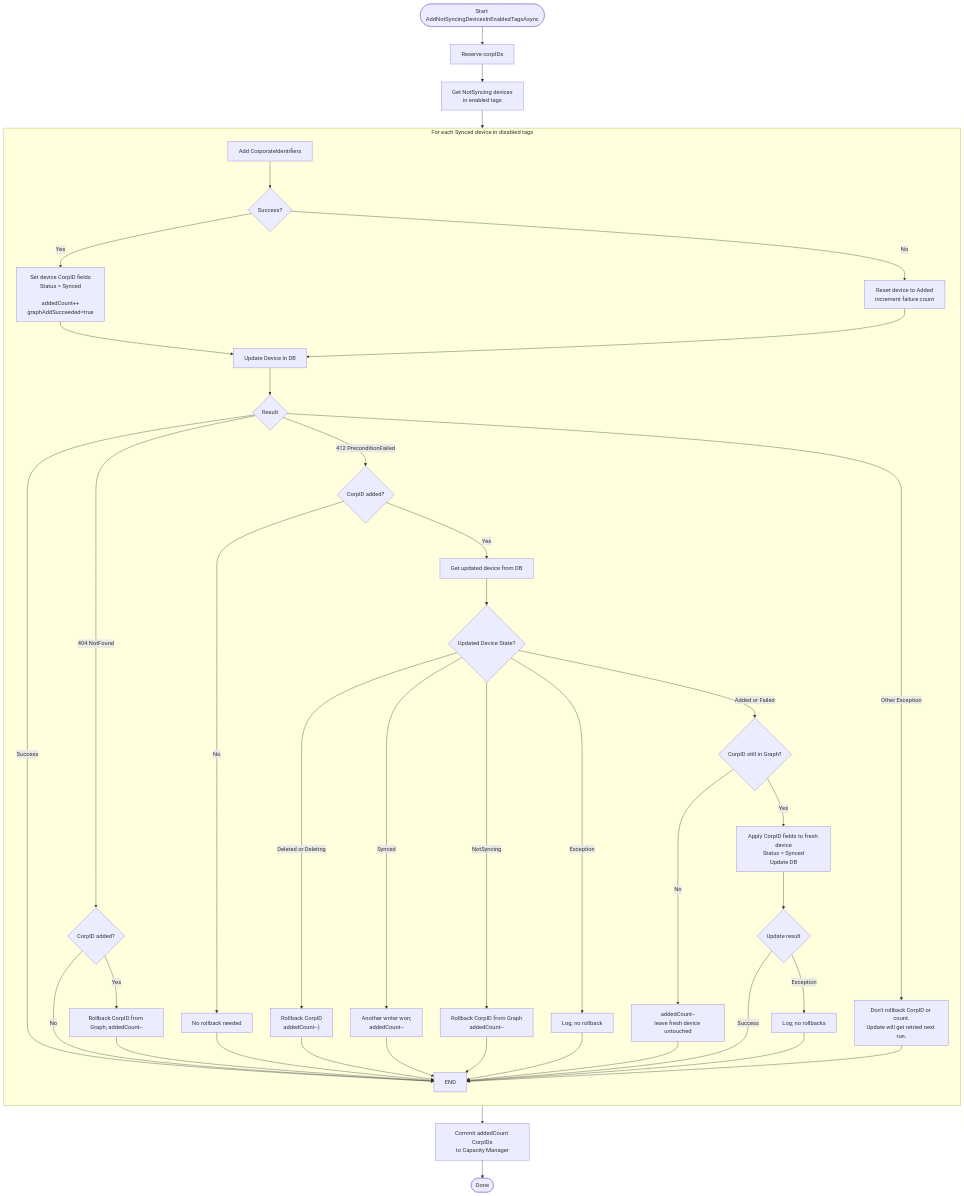
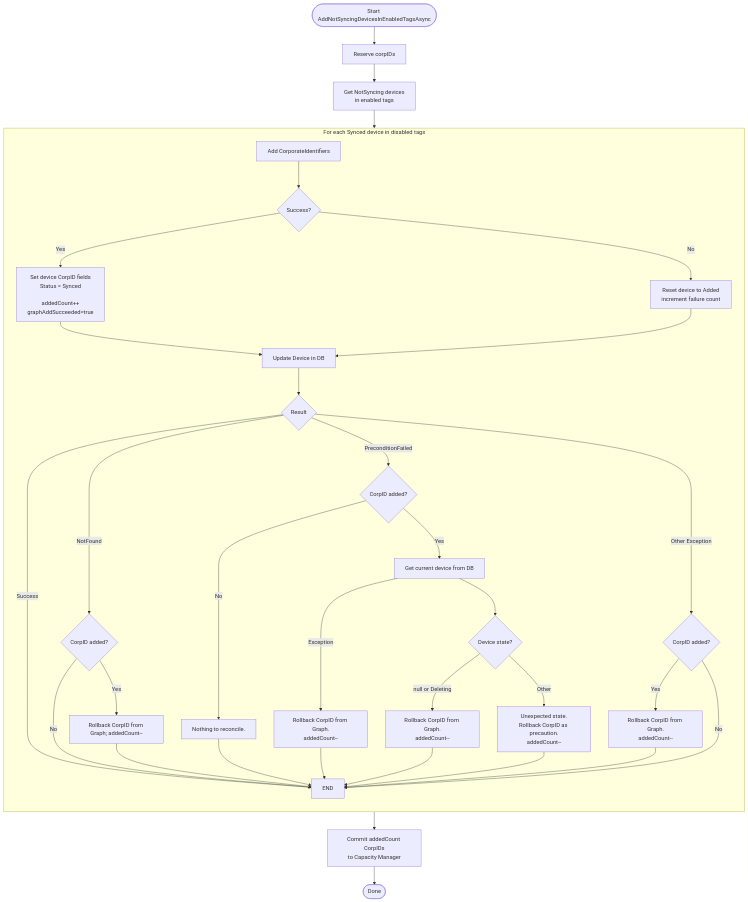
One commit to kenjohnson03/DelegationStation changed the diagram in CorporateIdentifierSync/Documents/FlowCharts/ReconcileSyncStatus-Syncing.md. Above: the diagram before and after it, drawn with Mermaid. The commit also changed 3 other files, not shown here.

Commit message:
Updated mermaid flow charts based on recent changes to error handling.

````diff
--- a/CorporateIdentifierSync/Documents/FlowCharts/ReconcileSyncStatus-Syncing.md
+++ b/CorporateIdentifierSync/Documents/FlowCharts/ReconcileSyncStatus-Syncing.md
@@ -1,51 +1,43 @@
 ```mermaid
 
 flowchart TD
     Start([Start AddNotSyncingDevicesInEnabledTagsAsync]) --> ReserveCorpIDs["Reserve corpIDs"]
     ReserveCorpIDs --> GetDevices[Get NotSyncing devices<br/>in enabled tags]
     GetDevices --> AddCorpIDs[Add CorporateIdentifiers]
 
     subgraph LOOP["For each Synced device in disabled tags"]
     direction TB
 
         AddCorpIDs --> AddOk{Success?}
         AddOk -- Yes --> SetSynced["Set device CorpID fields<br/>Status = Synced<br/><br/>addedCount++<br/>graphAddSucceeded=true"]
         AddOk -- No --> SetAdded[Reset device to Added<br/>increment failure count]
         SetSynced --> Update[Update Device in DB]
         SetAdded --> Update
         Update --> UpdResult{Result}
         UpdResult -- Success --> END
-        UpdResult -- 404 NotFound --> Rollback{CorpID added?}
+        UpdResult -- NotFound --> Rollback{CorpID added?}
         Rollback -- Yes --> DoRollback["Rollback CorpID from Graph; addedCount--"]
         Rollback -- No --> END
         DoRollback --> END
 
-        UpdResult -- 412 PreconditionFailed --> PF_GraphAdded{CorpID added?}
-        PF_GraphAdded -- No --> PF_NoOp["No rollback needed"]
+        UpdResult -- PreconditionFailed --> PF_GraphAdded{CorpID added?}
+        PF_GraphAdded -- No --> PF_NoOp["Nothing to reconcile."]
         PF_NoOp --> END
-        PF_GraphAdded -- Yes --> PF_Read[Get updated device from DB]
-        PF_Read --> PF_ReadResult{Updated Device State?}
-        PF_ReadResult -- Deleted or Deleting --> PF_RollbackDel["Rollback CorpID<br/>addedCount--)"]
+        PF_GraphAdded -- Yes --> PF_Read[Get current device from DB]
+        PF_Read -- Exception --> PF_ReadFail["Rollback CorpID from Graph.<br/>addedCount--"]
+        PF_ReadFail --> END
+        PF_Read --> PF_ReadResult{"Device state?"}
+        PF_ReadResult -- "null or Deleting" --> PF_RollbackDel["Rollback CorpID from Graph.<br/>addedCount--"]
         PF_RollbackDel --> END
-        PF_ReadResult -- Synced --> PF_Synced["Another writer won;<br/>addedCount--"]
-        PF_Synced --> END
-        PF_ReadResult -- NotSyncing --> PF_RollbackNS["Rollback CorpID from Graph<br/>addedCount--"]
-        PF_RollbackNS --> END
-        PF_ReadResult -- Added or Failed --> PF_Exists{CorpID still in Graph?}
-        PF_Exists -- No --> PF_Gone["addedCount--<br/>leave fresh device untouched"]
-        PF_ReadResult -- Exception --> PF_ReadFail["Log; no rollback"]
-        PF_ReadFail --> END
-        PF_Gone --> END
-        PF_Exists -- Yes --> PF_Apply["Apply CorpID fields to fresh device<br/>Status = Synced<br/>Update DB"]
-        PF_Apply --> PF_ApplyResult{Update result}
-        PF_ApplyResult -- Success --> END
-        PF_ApplyResult -- Exception --> PF_ApplyFail["Log; no rollbacks"]
-        PF_ApplyFail --> END
+        PF_ReadResult -- Other --> PF_RollbackOther["Unexpected state.<br/>Rollback CorpID as precaution.<br/>addedCount--"]
+        PF_RollbackOther --> END
 
-        UpdResult -- Other Exception --> X["Don't rollback CorpID or count.</br>Update will get retried next run."]
-        X --> END
+        UpdResult -- Other Exception --> X_Check{CorpID added?}
+        X_Check -- Yes --> X_Rollback["Rollback CorpID from Graph.<br/>addedCount--"]
+        X_Rollback --> END
+        X_Check -- No --> END
     end
 
     END --> Commit["Commit addedCount CorpIDs<br/>to Capacity Manager"]
     Commit --> Done([Done])
 ```
````
